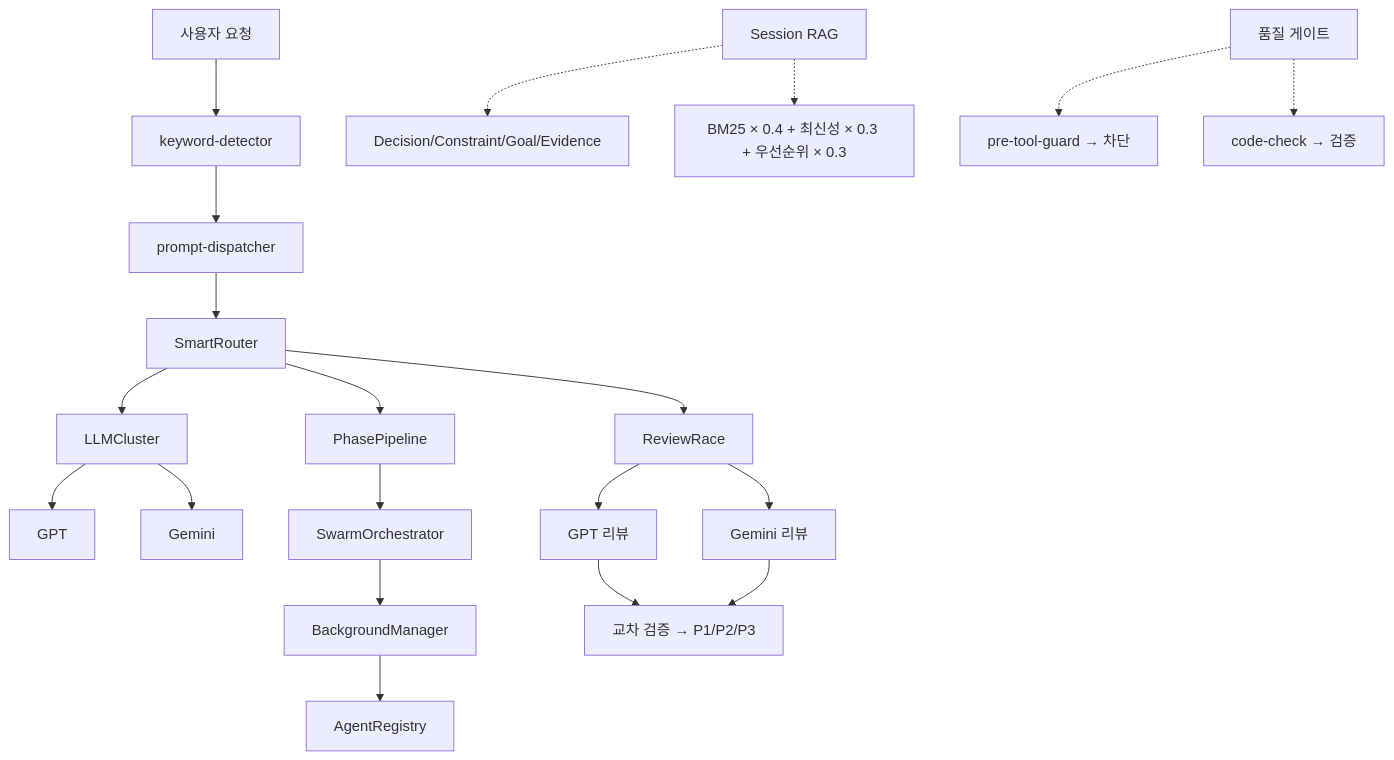
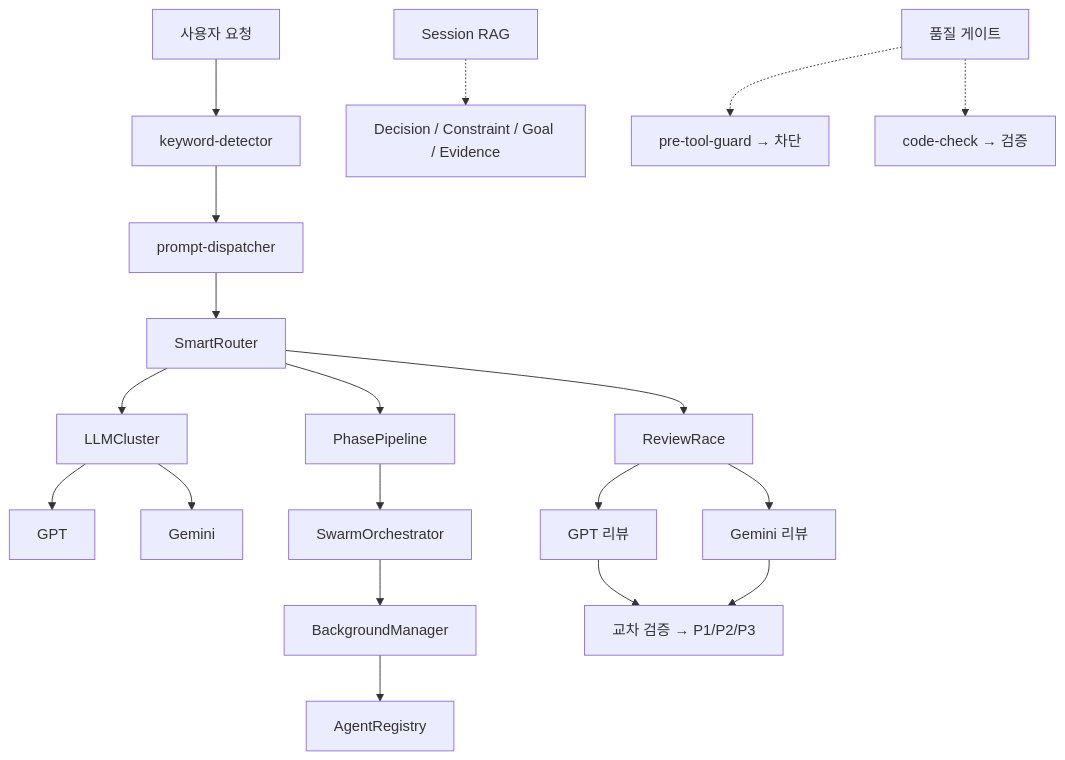
Before and after one commit to su-record/vibe: the second of 2 diagrams in README.md, drawn with Mermaid. The commit also changed other lines of this file, not shown here.

````diff
--- a/README.md
+++ b/README.md
@@ -541,27 +414,25 @@
 ```mermaid
 flowchart TD
     A["사용자 요청"] --> B["keyword-detector"]
     B --> C["prompt-dispatcher"]
     C --> D["SmartRouter"]
 
     D --> E["LLMCluster"]
     E --> E1["GPT"]
     E --> E2["Gemini"]
 
     D --> F["PhasePipeline"]
     F --> G["SwarmOrchestrator"]
     G --> H["BackgroundManager"]
     H --> I["AgentRegistry"]
 
     D --> J["ReviewRace"]
     J --> J1["GPT 리뷰"]
     J --> J2["Gemini 리뷰"]
     J1 --> K["교차 검증 → P1/P2/P3"]
     J2 --> K
 
-    L["Session RAG"] -.-> M["Decision/Constraint/Goal/Evidence"]
-    L -.-> N["BM25 × 0.4 + 최신성 × 0.3 + 우선순위 × 0.3"]
-
+    L["Session RAG"] -.-> M["Decision / Constraint / Goal / Evidence"]
     O["품질 게이트"] -.-> P["pre-tool-guard → 차단"]
     O -.-> Q["code-check → 검증"]
 ```
````
